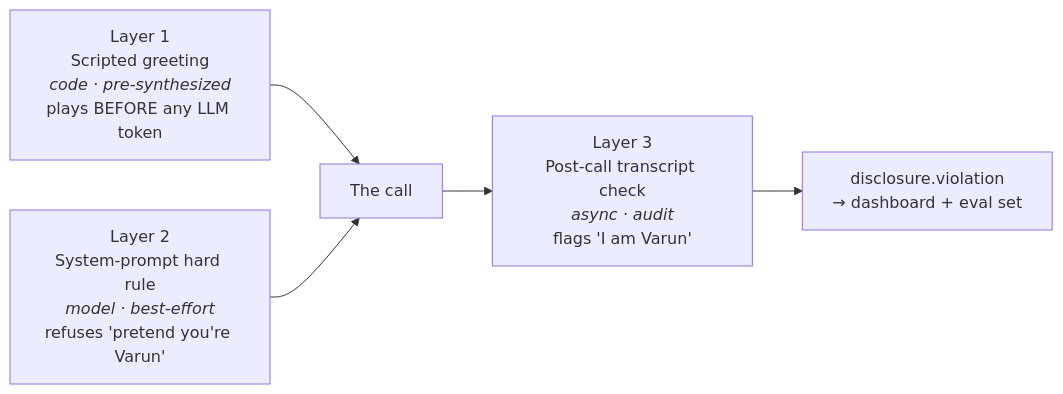
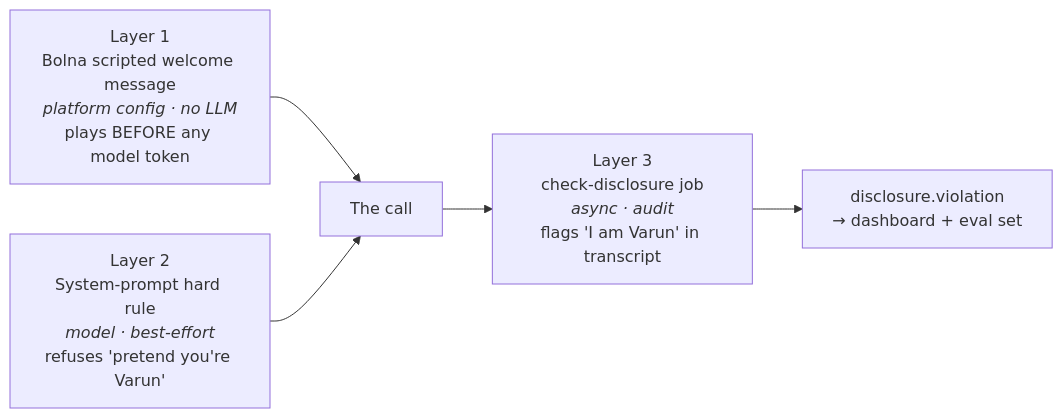
Before and after one commit to gandhi120/RecruitPilot_AI: the second of 3 diagrams in docs/16_AI_AGENT.md, drawn with Mermaid. The commit also changed other lines of this file and 34 other files, not shown here.

````diff
--- a/docs/16_AI_AGENT.md
+++ b/docs/16_AI_AGENT.md
@@ -105,10 +95,10 @@
 ```mermaid
 flowchart LR
-    L1["Layer 1<br/>Scripted greeting<br/><i>code · pre-synthesized</i><br/>plays BEFORE any LLM token"]
+    L1["Layer 1<br/>Bolna scripted welcome message<br/><i>platform config · no LLM</i><br/>plays BEFORE any model token"]
     L2["Layer 2<br/>System-prompt hard rule<br/><i>model · best-effort</i><br/>refuses 'pretend you're Varun'"]
-    L3["Layer 3<br/>Post-call transcript check<br/><i>async · audit</i><br/>flags 'I am Varun'"]
+    L3["Layer 3<br/>check-disclosure job<br/><i>async · audit</i><br/>flags 'I am Varun' in transcript"]
     L1 --> CALL[The call]
     L2 --> CALL
     CALL --> L3
     L3 --> FLAG[disclosure.violation<br/>→ dashboard + eval set]
 ```
````
